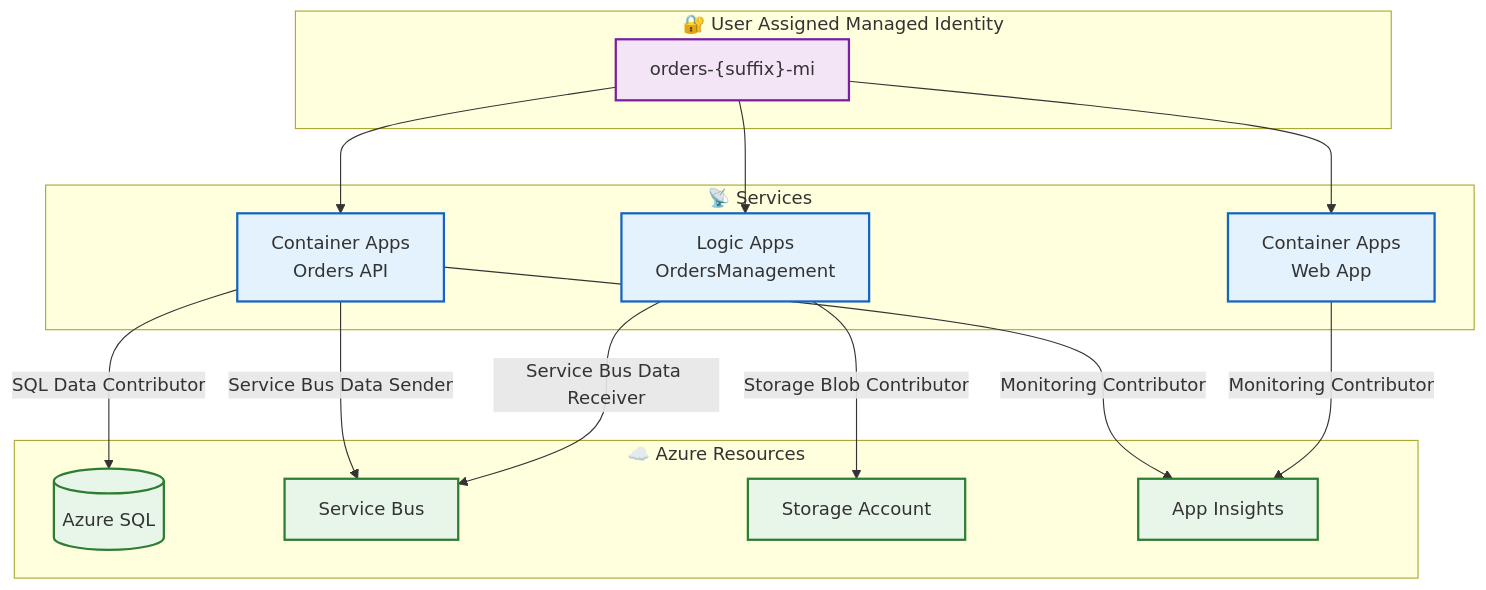
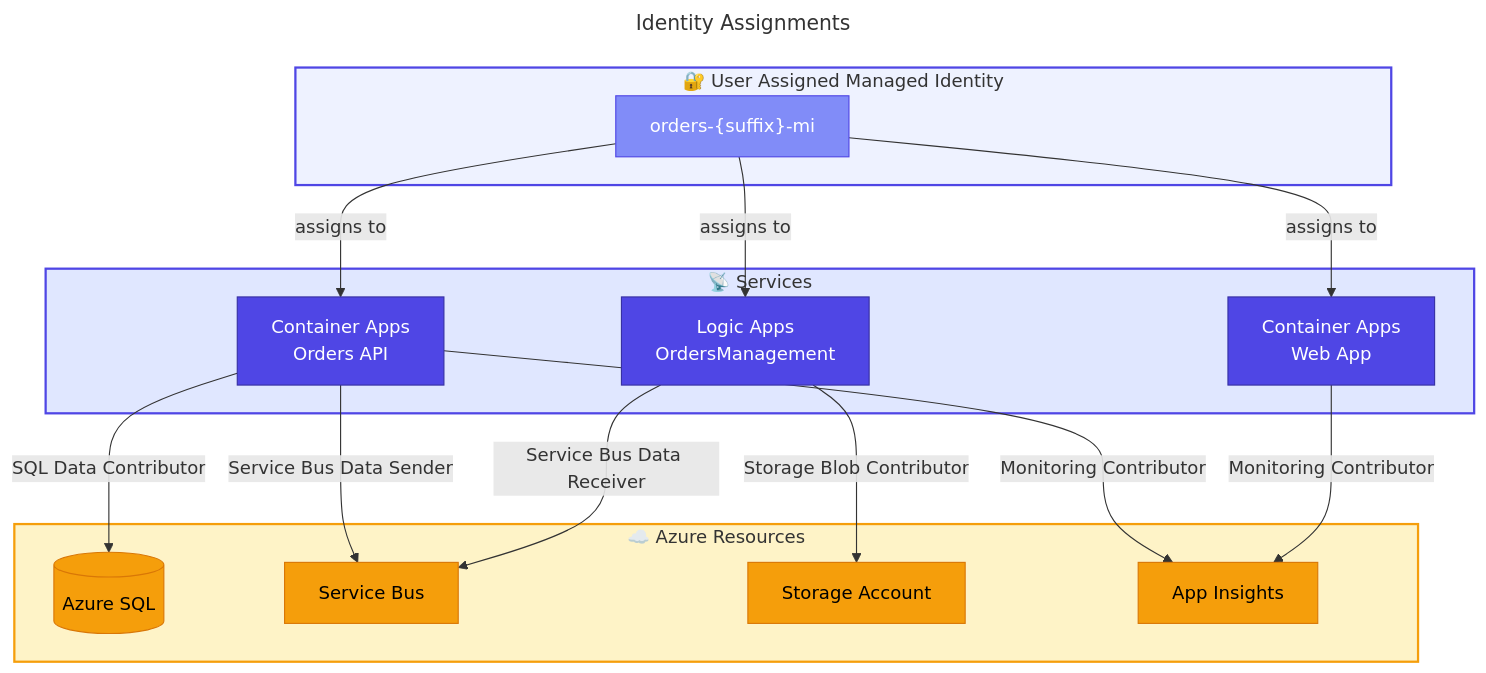
Before and after one commit to Evilazaro/Azure-LogicApps-Monitoring: the second of 4 diagrams in docs/architecture/06-security-architecture.md, drawn with Mermaid. The commit also changed other lines of this file, not shown here.

Commit message:
refactor: Enhance security architecture documentation with improved identity assignments, service-to-service authentication flow, and network topology diagrams

````diff
--- a/docs/architecture/06-security-architecture.md
+++ b/docs/architecture/06-security-architecture.md
@@ -119,34 +119,48 @@
 ```mermaid
+---
+title: Identity Assignments
+---
 flowchart TB
+    %% ===== IDENTITY =====
     subgraph Identity["🔐 User Assigned Managed Identity"]
         MI["orders-{suffix}-mi"]
     end
 
+    %% ===== SERVICES =====
     subgraph Services["📡 Services"]
         API["Container Apps<br/>Orders API"]
         WebApp["Container Apps<br/>Web App"]
         LA["Logic Apps<br/>OrdersManagement"]
     end
 
+    %% ===== RESOURCES =====
     subgraph Resources["☁️ Azure Resources"]
         SQL[("Azure SQL")]
         SB["Service Bus"]
         Storage["Storage Account"]
         AppIns["App Insights"]
     end
 
-    MI --> API & WebApp & LA
+    %% ===== CONNECTIONS =====
+    MI -->|"assigns to"| API & WebApp & LA
     API -->|"SQL Data Contributor"| SQL
     API -->|"Service Bus Data Sender"| SB
     LA -->|"Service Bus Data Receiver"| SB
     LA -->|"Storage Blob Contributor"| Storage
     API & WebApp -->|"Monitoring Contributor"| AppIns
 
-    classDef identity fill:#f3e5f5,stroke:#7b1fa2,stroke-width:2px
-    classDef service fill:#e3f2fd,stroke:#1565c0,stroke-width:2px
-    classDef resource fill:#e8f5e9,stroke:#2e7d32,stroke-width:2px
+    %% ===== CLASS DEFINITIONS (EXACT HEX COLORS) =====
+    classDef primary fill:#4F46E5,stroke:#3730A3,color:#FFFFFF
+    classDef secondary fill:#10B981,stroke:#059669,color:#FFFFFF
+    classDef datastore fill:#F59E0B,stroke:#D97706,color:#000000
+    classDef trigger fill:#818CF8,stroke:#4F46E5,color:#FFFFFF
 
-    class MI identity
-    class API,WebApp,LA service
-    class SQL,SB,Storage,AppIns resource
+    class MI trigger
+    class API,WebApp,LA primary
+    class SQL,SB,Storage,AppIns datastore
+
+    %% ===== SUBGRAPH STYLES =====
+    style Identity fill:#EEF2FF,stroke:#4F46E5,stroke-width:2px
+    style Services fill:#E0E7FF,stroke:#4F46E5,stroke-width:2px
+    style Resources fill:#FEF3C7,stroke:#F59E0B,stroke-width:2px
 ```
````
